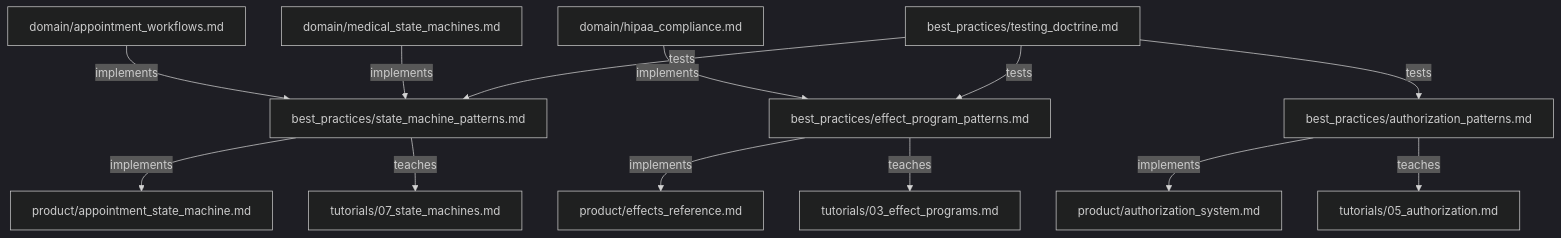
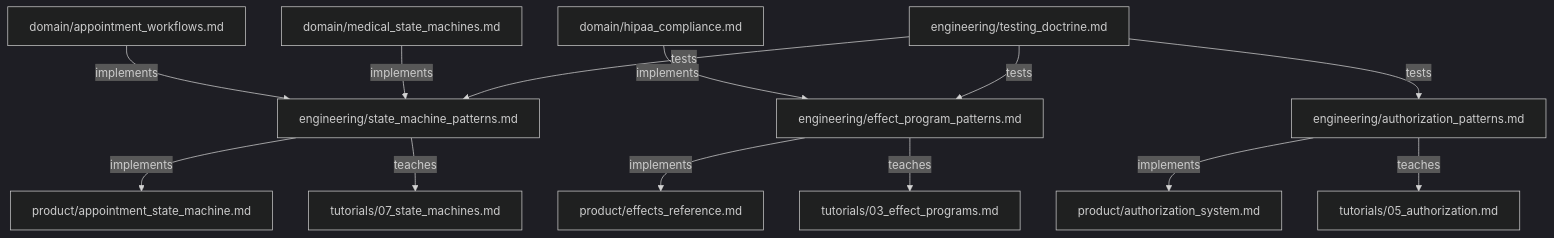
One commit to Tuee22/effectful changed the diagram in demo/healthhub/documents/engineering/README.md. Above: the diagram before and after it, drawn with Mermaid (dark theme). The commit also changed other lines of this file and 71 other files, not shown here.

````diff
--- a/demo/healthhub/documents/engineering/README.md
+++ b/demo/healthhub/documents/engineering/README.md
@@ -249,35 +262,35 @@
 ```mermaid
 graph TB
     D1[domain/appointment_workflows.md]
     D2[domain/medical_state_machines.md]
     D3[domain/hipaa_compliance.md]
 
-    BP1[best_practices/authorization_patterns.md]
-    BP2[best_practices/state_machine_patterns.md]
-    BP3[best_practices/effect_program_patterns.md]
-    BP4[best_practices/testing_doctrine.md]
+    BP1[engineering/authorization_patterns.md]
+    BP2[engineering/state_machine_patterns.md]
+    BP3[engineering/effect_program_patterns.md]
+    BP4[engineering/testing_doctrine.md]
 
     P1[product/authorization_system.md]
     P2[product/appointment_state_machine.md]
     P3[product/effects_reference.md]
 
     T1[tutorials/05_authorization.md]
     T2[tutorials/07_state_machines.md]
     T3[tutorials/03_effect_programs.md]
 
     D1 -->|implements| BP2
     D2 -->|implements| BP2
     D3 -->|implements| BP3
 
     BP1 -->|implements| P1
     BP2 -->|implements| P2
     BP3 -->|implements| P3
 
     BP1 -->|teaches| T1
     BP2 -->|teaches| T2
     BP3 -->|teaches| T3
 
     BP4 -->|tests| BP1
     BP4 -->|tests| BP2
     BP4 -->|tests| BP3
 ```
````
